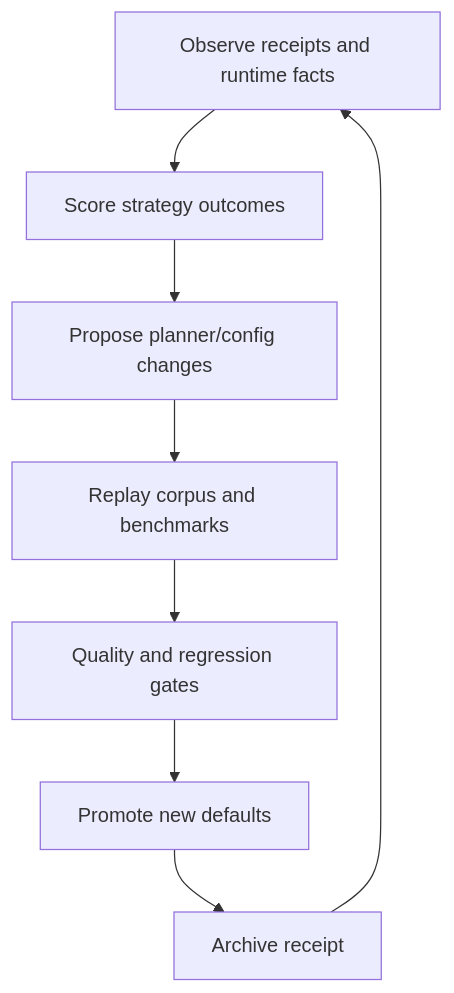
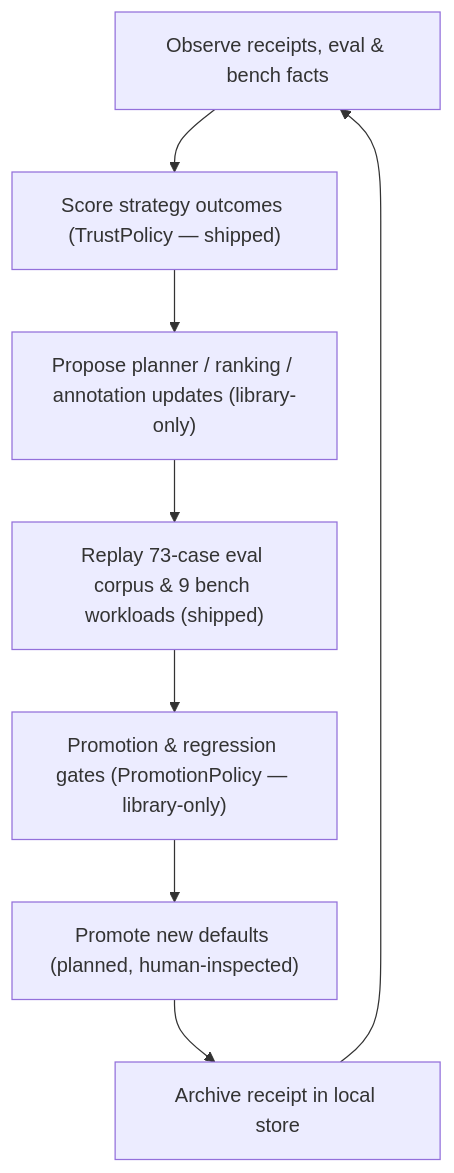
One commit to Louranicas/deep-diff-forge changed the diagram in docs/LEARNING_LOOP.md. Above: the diagram before and after it, drawn with Mermaid. The commit also changed other lines of this file and 36 other files, not shown here.

First line of the commit message:
docs: comprehensive v0.11.0 documentation and schematics overhaul

````diff
--- a/docs/LEARNING_LOOP.md
+++ b/docs/LEARNING_LOOP.md
@@ -74,12 +89,12 @@
 ```mermaid
 flowchart TB
-    Observe[Observe receipts and runtime facts]
-    Score[Score strategy outcomes]
-    Propose[Propose planner/config changes]
-    Simulate[Replay corpus and benchmarks]
-    Gate[Quality and regression gates]
-    Promote[Promote new defaults]
-    Archive[Archive receipt]
+    Observe["Observe receipts, eval & bench facts"]
+    Score["Score strategy outcomes (TrustPolicy — shipped)"]
+    Propose["Propose planner / ranking / annotation updates (library-only)"]
+    Simulate["Replay 73-case eval corpus & 9 bench workloads (shipped)"]
+    Gate["Promotion & regression gates (PromotionPolicy — library-only)"]
+    Promote["Promote new defaults (planned, human-inspected)"]
+    Archive["Archive receipt in local store"]
 
     Observe --> Score --> Propose --> Simulate --> Gate --> Promote --> Archive --> Observe
 ```
````
